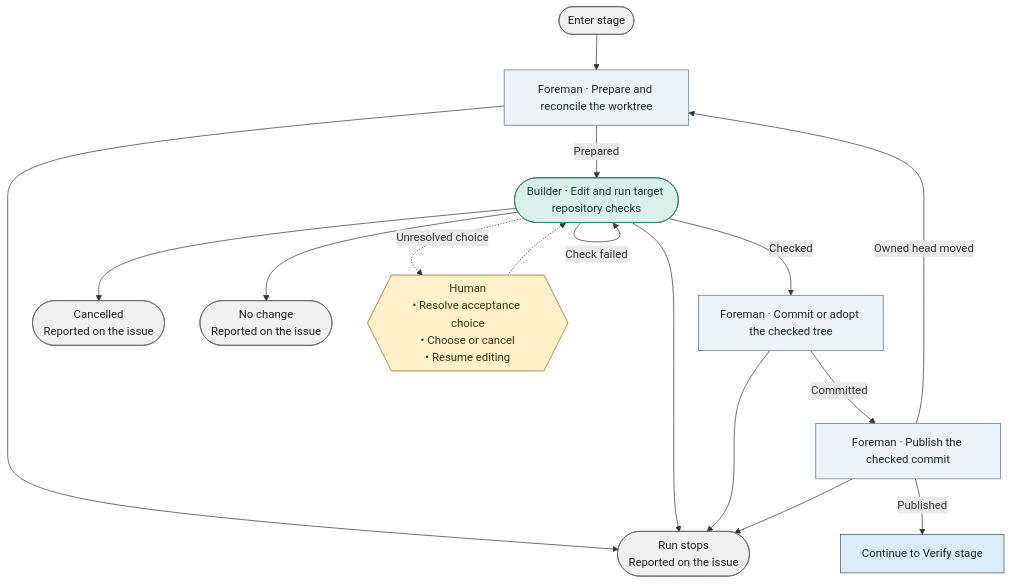
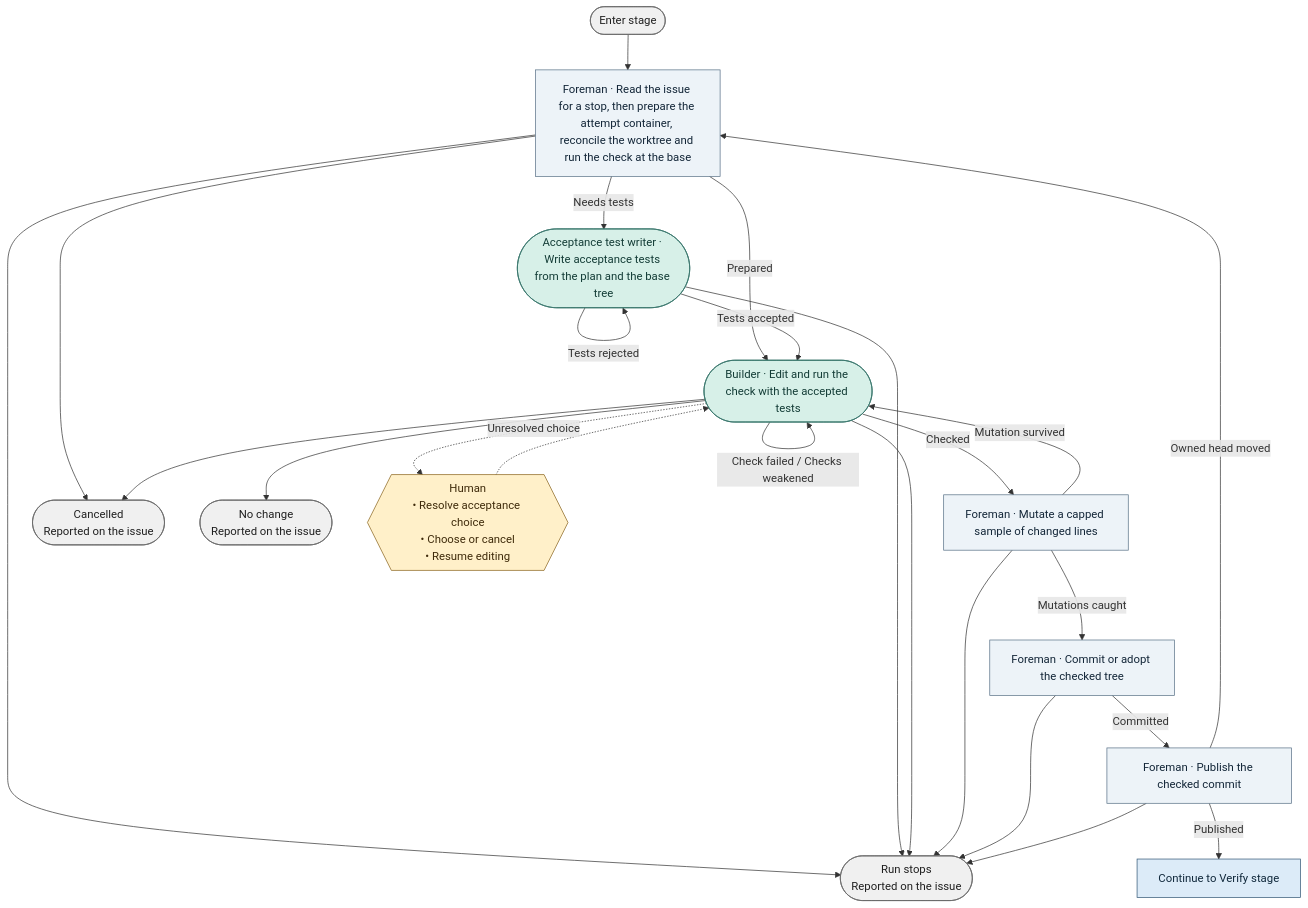
Before and after one commit to bookout-labs/tools: the diagram in docs/graph/blueprint/views/stages/implement.mmd, drawn with Mermaid. The commit also changed 49 other files, not shown here.

```diff
--- a/docs/graph/blueprint/views/stages/implement.mmd
+++ b/docs/graph/blueprint/views/stages/implement.mmd
@@ -1,31 +1,41 @@
 flowchart TD
     n0(["Enter stage"]):::terminal
-    n1["Foreman · Prepare and reconcile the worktree"]:::step
-    n2(["Builder · Edit and run target repository checks"]):::worker
-    n3["Foreman · Commit or adopt the checked tree"]:::step
-    n4["Foreman · Publish the checked commit"]:::step
-    n5(["Run stops<br/>Reported on the issue"]):::terminal
-    n6(["Cancelled<br/>Reported on the issue"]):::terminal
-    n7(["No change<br/>Reported on the issue"]):::terminal
-    n8["Continue to Verify stage"]:::stage
-    n9{{"Human<br/>• Resolve acceptance choice<br/>• Choose or cancel<br/>• Resume editing"}}:::gate
+    n1["Foreman · Read the issue for a stop, then prepare the attempt container, reconcile the worktree and run the check at the base"]:::step
+    n2(["Acceptance test writer · Write acceptance tests from the plan and the base tree"]):::worker
+    n3(["Builder · Edit and run the check with the accepted tests"]):::worker
+    n4["Foreman · Mutate a capped sample of changed lines"]:::step
+    n5["Foreman · Commit or adopt the checked tree"]:::step
+    n6["Foreman · Publish the checked commit"]:::step
+    n7(["Cancelled<br/>Reported on the issue"]):::terminal
+    n8(["Run stops<br/>Reported on the issue"]):::terminal
+    n9(["No change<br/>Reported on the issue"]):::terminal
+    n10["Continue to Verify stage"]:::stage
+    n11{{"Human<br/>• Resolve acceptance choice<br/>• Choose or cancel<br/>• Resume editing"}}:::gate
     n0 --> n1
-    n1 --> n5
-    n1 -->|"Prepared"| n2
-    n2 --> n6
-    n2 --> n7
-    n2 --> n5
-    n2 -->|"Check failed"| n2
-    n2 -->|"Checked"| n3
-    n3 --> n5
-    n3 -->|"Committed"| n4
-    n4 --> n5
-    n4 -->|"Owned head moved"| n1
-    n4 -->|"Published"| n8
-    n2 -.->|"Unresolved choice"| n9
-    n9 -.-> n2
+    n1 --> n7
+    n1 --> n8
+    n1 -->|"Needs tests"| n2
+    n1 -->|"Prepared"| n3
+    n2 --> n8
+    n2 -->|"Tests rejected"| n2
+    n2 -->|"Tests accepted"| n3
+    n3 --> n7
+    n3 --> n9
+    n3 --> n8
+    n3 -->|"Check failed / Checks weakened"| n3
+    n3 -->|"Checked"| n4
+    n4 --> n8
+    n4 -->|"Mutation survived"| n3
+    n4 -->|"Mutations caught"| n5
+    n5 --> n8
+    n5 -->|"Committed"| n6
+    n6 --> n8
+    n6 -->|"Owned head moved"| n1
+    n6 -->|"Published"| n10
+    n3 -.->|"Unresolved choice"| n11
+    n11 -.-> n3
     classDef stage fill:#dcebf8,stroke:#315675,color:#10283b
     classDef step fill:#edf3f8,stroke:#597187,color:#132638
     classDef worker fill:#d7f0e8,stroke:#357369,color:#133c36
     classDef gate fill:#fff0c9,stroke:#89641f,color:#3f2b0b
     classDef terminal fill:#f0f0f0,stroke:#666666,color:#202020
```
